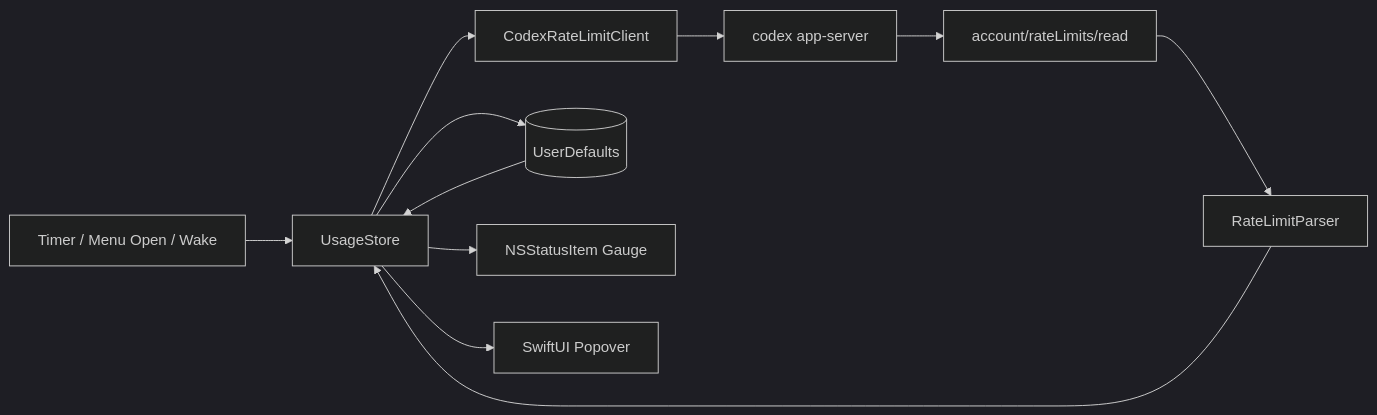
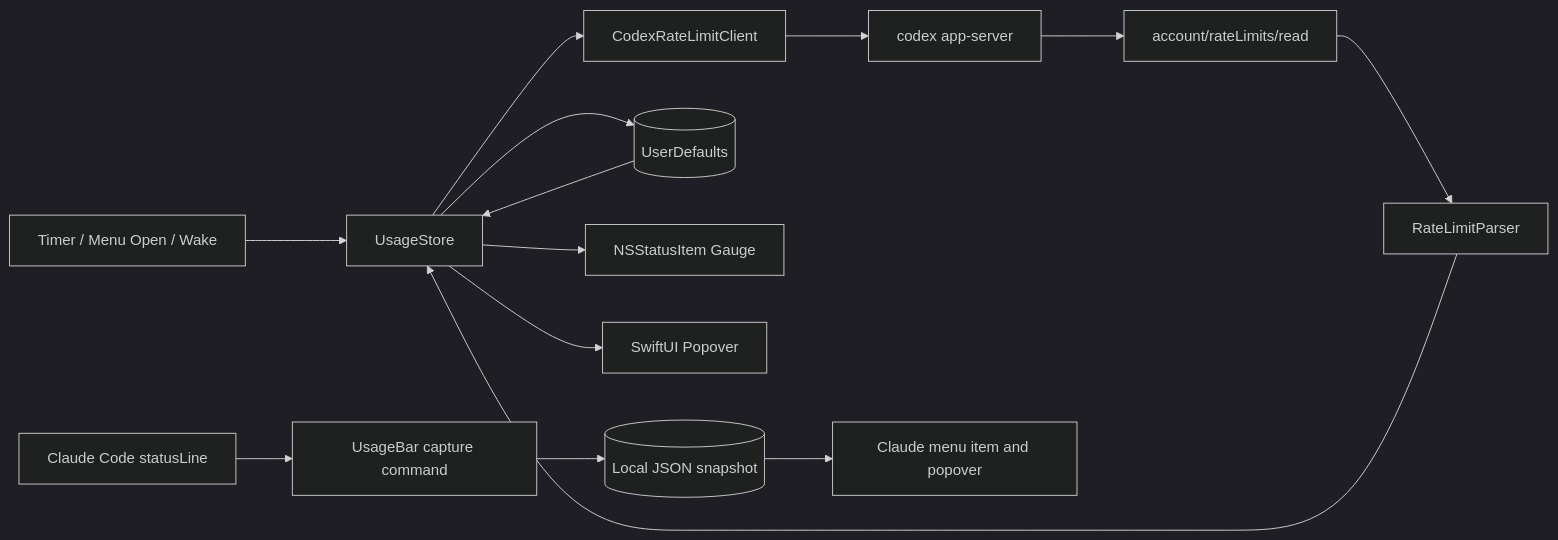
The diagram in README.md (Harmon96/usagebar-for-codex), drawn with Mermaid (dark theme) before and after one commit. The commit also changed other lines of this file and 4 other files, not shown here.

Commit message:
feat: Claude Code 사용량을 메뉴바에 표시

````diff
--- a/README.md
+++ b/README.md
@@ -59,13 +100,16 @@
 ```mermaid
 flowchart LR
   Trigger[Timer / Menu Open / Wake] --> Store[UsageStore]
   Store --> Client[CodexRateLimitClient]
   Client --> Process[codex app-server]
   Process --> Protocol[account/rateLimits/read]
   Protocol --> Parser[RateLimitParser]
   Parser --> Store
   Store --> Cache[(UserDefaults)]
   Cache --> Store
   Store --> StatusItem[NSStatusItem Gauge]
   Store --> Popover[SwiftUI Popover]
+  Claude[Claude Code statusLine] --> Capture[UsageBar capture command]
+  Capture --> ClaudeCache[(Local JSON snapshot)]
+  ClaudeCache --> ClaudeMenu[Claude menu item and popover]
 ```
````
